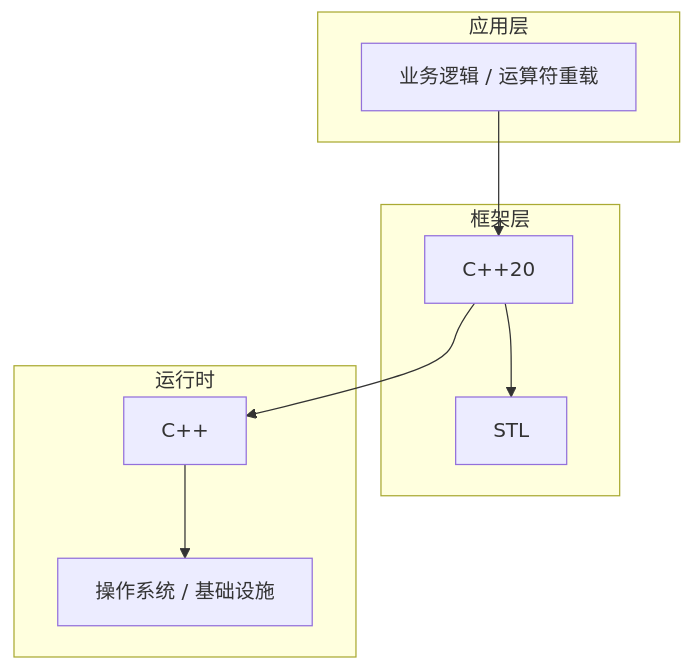
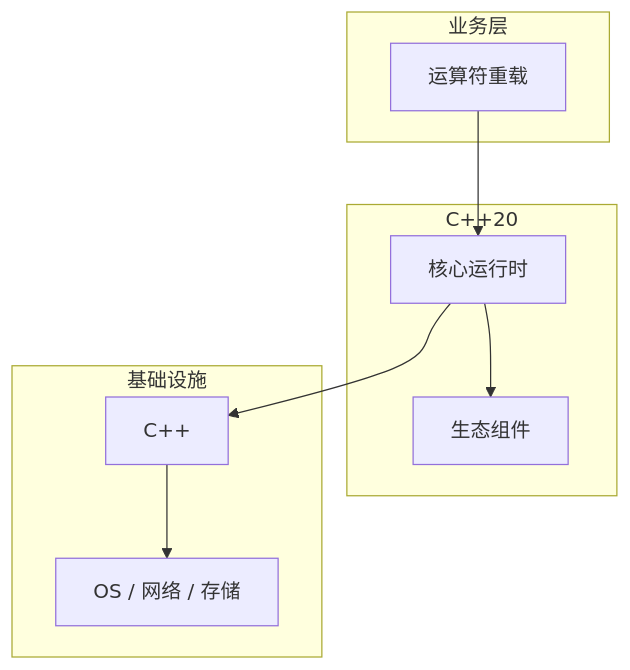
Before and after one commit to yanggan2015/knowledge-json-v2: the diagram in articles/C++/chapters/043-运算符重载核心概念与原理.md, drawn with Mermaid. The commit also changed other lines of this file and 10127 other files, not shown here.

````diff
--- a/articles/C++/chapters/043-运算符重载核心概念与原理.md
+++ b/articles/C++/chapters/043-运算符重载核心概念与原理.md
@@ -45,18 +34,18 @@
 ```mermaid
 graph TB
-    subgraph 应用层
-        A[业务逻辑 / 运算符重载]
+    subgraph 业务层
+        A[运算符重载]
     end
-    subgraph 框架层
-        B[C++20]
-        C[STL]
+    subgraph C++20
+        B[核心运行时]
+        C[生态组件]
     end
-    subgraph 运行时
+    subgraph 基础设施
         D[C++]
-        E[操作系统 / 基础设施]
+        E[OS / 网络 / 存储]
     end
     A --> B
     B --> C
     B --> D
     D --> E
 ```
````
